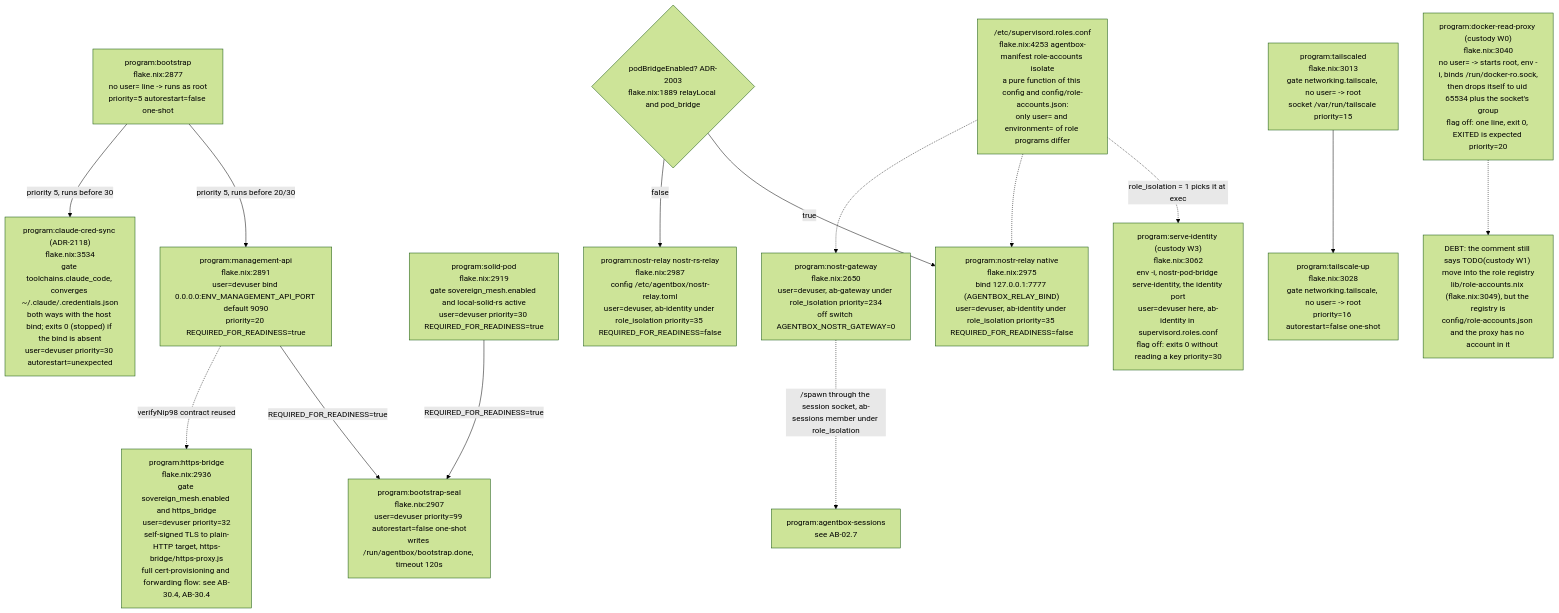
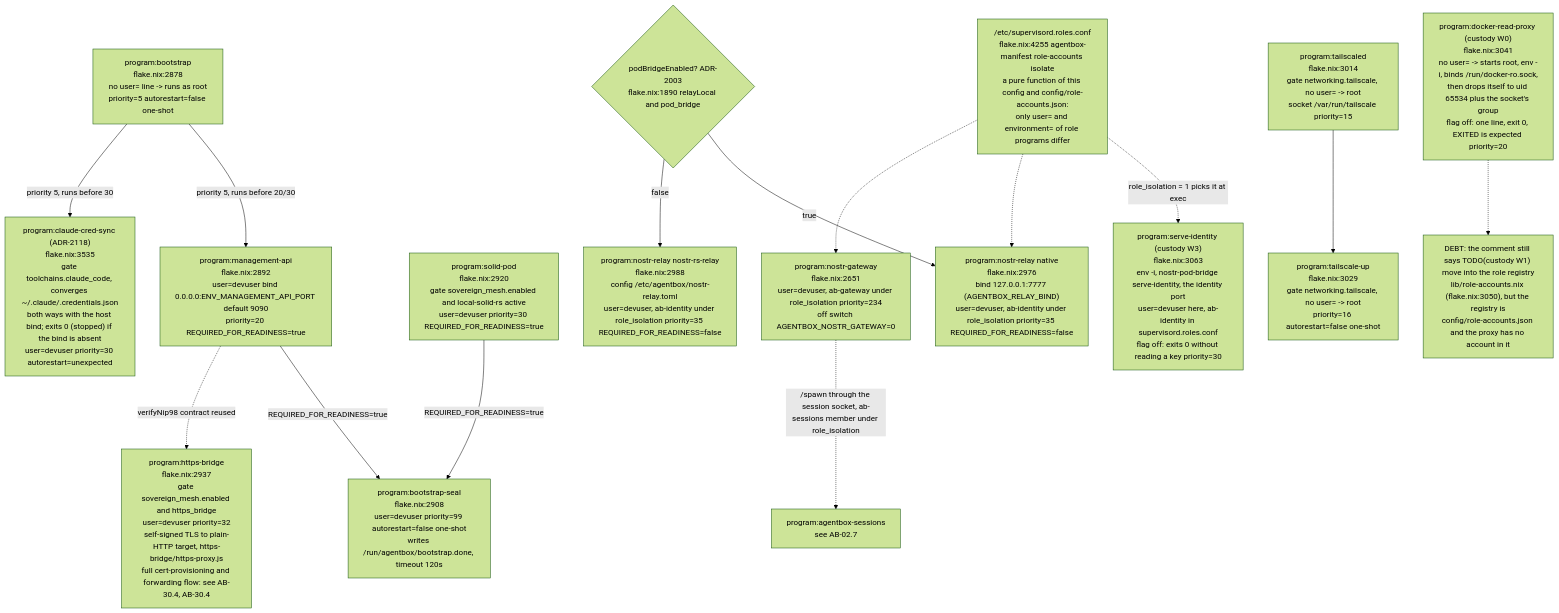
Before and after one commit to DreamLab-AI/VisionFlow: the fourth of 21 diagrams in docs/diagrams/agentbox/02-boot-sequence-and-readiness.md, drawn with Mermaid (forest theme). The commit also changed other lines of this file, not shown here.

First line of the commit message:
diagrams(agentbox): re-verify AB-02 at agentbox 59b1aca

````diff
--- a/docs/diagrams/agentbox/02-boot-sequence-and-readiness.md
+++ b/docs/diagrams/agentbox/02-boot-sequence-and-readiness.md
@@ -280,32 +280,32 @@
 ```mermaid
 flowchart TB
-    BOOT["program:bootstrap<br/>flake.nix:2877<br/>no user= line -&gt; runs as root<br/>priority=5 autorestart=false one-shot"]
-    MGMT["program:management-api<br/>flake.nix:2891<br/>user=devuser bind 0.0.0.0:ENV_MANAGEMENT_API_PORT default 9090<br/>priority=20 REQUIRED_FOR_READINESS=true"]
-    CRED["program:claude-cred-sync (ADR-2118)<br/>flake.nix:3534<br/>gate toolchains.claude_code, converges ~/.claude/.credentials.json<br/>both ways with the host bind; exits 0 (stopped) if the bind is absent<br/>user=devuser priority=30 autorestart=unexpected"]
-    SEAL["program:bootstrap-seal<br/>flake.nix:2907<br/>user=devuser priority=99 autorestart=false one-shot<br/>writes /run/agentbox/bootstrap.done, timeout 120s"]
-    SOLID["program:solid-pod<br/>flake.nix:2919<br/>gate sovereign_mesh.enabled and local-solid-rs active<br/>user=devuser priority=30 REQUIRED_FOR_READINESS=true"]
-    HTTPSB["program:https-bridge<br/>flake.nix:2936<br/>gate sovereign_mesh.enabled and https_bridge<br/>user=devuser priority=32<br/>self-signed TLS to plain-HTTP target, https-bridge/https-proxy.js<br/>full cert-provisioning and forwarding flow: see AB-30.4, AB-30.4"]
-    GATERELAY{"podBridgeEnabled? ADR-2003<br/>flake.nix:1889 relayLocal and pod_bridge"}
-    NRELAY1["program:nostr-relay native<br/>flake.nix:2975<br/>bind 127.0.0.1:7777 (AGENTBOX_RELAY_BIND)<br/>user=devuser, ab-identity under role_isolation priority=35 REQUIRED_FOR_READINESS=false"]
-    NRELAY2["program:nostr-relay nostr-rs-relay<br/>flake.nix:2987<br/>config /etc/agentbox/nostr-relay.toml<br/>user=devuser, ab-identity under role_isolation priority=35 REQUIRED_FOR_READINESS=false"]
-    NGW["program:nostr-gateway<br/>flake.nix:2650<br/>user=devuser, ab-gateway under role_isolation priority=234<br/>off switch AGENTBOX_NOSTR_GATEWAY=0"]
-    DRP["program:docker-read-proxy (custody W0)<br/>flake.nix:3040<br/>no user= -&gt; starts root, env -i, binds /run/docker-ro.sock,<br/>then drops itself to uid 65534 plus the socket's group<br/>flag off: one line, exit 0, EXITED is expected priority=20"]
-    SID["program:serve-identity (custody W3)<br/>flake.nix:3062<br/>env -i, nostr-pod-bridge serve-identity, the identity port<br/>user=devuser here, ab-identity in supervisord.roles.conf<br/>flag off: exits 0 without reading a key priority=30"]
-    ISO["/etc/supervisord.roles.conf<br/>flake.nix:4253 agentbox-manifest role-accounts isolate<br/>a pure function of this config and config/role-accounts.json:<br/>only user= and environment= of role programs differ"]
-    TSD["program:tailscaled<br/>flake.nix:3013<br/>gate networking.tailscale, no user= -&gt; root<br/>socket /var/run/tailscale priority=15"]
-    TSU["program:tailscale-up<br/>flake.nix:3028<br/>gate networking.tailscale, no user= -&gt; root<br/>priority=16 autorestart=false one-shot"]
+    BOOT["program:bootstrap<br/>flake.nix:2878<br/>no user= line -&gt; runs as root<br/>priority=5 autorestart=false one-shot"]
+    MGMT["program:management-api<br/>flake.nix:2892<br/>user=devuser bind 0.0.0.0:ENV_MANAGEMENT_API_PORT default 9090<br/>priority=20 REQUIRED_FOR_READINESS=true"]
+    CRED["program:claude-cred-sync (ADR-2118)<br/>flake.nix:3535<br/>gate toolchains.claude_code, converges ~/.claude/.credentials.json<br/>both ways with the host bind; exits 0 (stopped) if the bind is absent<br/>user=devuser priority=30 autorestart=unexpected"]
+    SEAL["program:bootstrap-seal<br/>flake.nix:2908<br/>user=devuser priority=99 autorestart=false one-shot<br/>writes /run/agentbox/bootstrap.done, timeout 120s"]
+    SOLID["program:solid-pod<br/>flake.nix:2920<br/>gate sovereign_mesh.enabled and local-solid-rs active<br/>user=devuser priority=30 REQUIRED_FOR_READINESS=true"]
+    HTTPSB["program:https-bridge<br/>flake.nix:2937<br/>gate sovereign_mesh.enabled and https_bridge<br/>user=devuser priority=32<br/>self-signed TLS to plain-HTTP target, https-bridge/https-proxy.js<br/>full cert-provisioning and forwarding flow: see AB-30.4, AB-30.4"]
+    GATERELAY{"podBridgeEnabled? ADR-2003<br/>flake.nix:1890 relayLocal and pod_bridge"}
+    NRELAY1["program:nostr-relay native<br/>flake.nix:2976<br/>bind 127.0.0.1:7777 (AGENTBOX_RELAY_BIND)<br/>user=devuser, ab-identity under role_isolation priority=35 REQUIRED_FOR_READINESS=false"]
+    NRELAY2["program:nostr-relay nostr-rs-relay<br/>flake.nix:2988<br/>config /etc/agentbox/nostr-relay.toml<br/>user=devuser, ab-identity under role_isolation priority=35 REQUIRED_FOR_READINESS=false"]
+    NGW["program:nostr-gateway<br/>flake.nix:2651<br/>user=devuser, ab-gateway under role_isolation priority=234<br/>off switch AGENTBOX_NOSTR_GATEWAY=0"]
+    DRP["program:docker-read-proxy (custody W0)<br/>flake.nix:3041<br/>no user= -&gt; starts root, env -i, binds /run/docker-ro.sock,<br/>then drops itself to uid 65534 plus the socket's group<br/>flag off: one line, exit 0, EXITED is expected priority=20"]
+    SID["program:serve-identity (custody W3)<br/>flake.nix:3063<br/>env -i, nostr-pod-bridge serve-identity, the identity port<br/>user=devuser here, ab-identity in supervisord.roles.conf<br/>flag off: exits 0 without reading a key priority=30"]
+    ISO["/etc/supervisord.roles.conf<br/>flake.nix:4255 agentbox-manifest role-accounts isolate<br/>a pure function of this config and config/role-accounts.json:<br/>only user= and environment= of role programs differ"]
+    TSD["program:tailscaled<br/>flake.nix:3014<br/>gate networking.tailscale, no user= -&gt; root<br/>socket /var/run/tailscale priority=15"]
+    TSU["program:tailscale-up<br/>flake.nix:3029<br/>gate networking.tailscale, no user= -&gt; root<br/>priority=16 autorestart=false one-shot"]
 
     BOOT -->|"priority 5, runs before 20/30"| MGMT
     BOOT -->|"priority 5, runs before 30"| CRED
     MGMT -->|"REQUIRED_FOR_READINESS=true"| SEAL
     SOLID -->|"REQUIRED_FOR_READINESS=true"| SEAL
     GATERELAY -->|true| NRELAY1
     GATERELAY -->|false| NRELAY2
     MGMT -.->|"verifyNip98 contract reused"| HTTPSB
     TSD --> TSU
     NGW -.->|"/spawn through the session socket, ab-sessions member under role_isolation"| SESSREF["program:agentbox-sessions<br/>see AB-02.7"]
     ISO -.->|"role_isolation = 1 picks it at exec"| SID
     ISO -.-> NRELAY1
     ISO -.-> NGW
-    DRP -.-> N1["DEBT: the comment still says TODO(custody W1) move into the role registry<br/>lib/role-accounts.nix (flake.nix:3049), but the registry is<br/>config/role-accounts.json and the proxy has no account in it"]
+    DRP -.-> N1["DEBT: the comment still says TODO(custody W1) move into the role registry<br/>lib/role-accounts.nix (flake.nix:3050), but the registry is<br/>config/role-accounts.json and the proxy has no account in it"]
 ```
````
